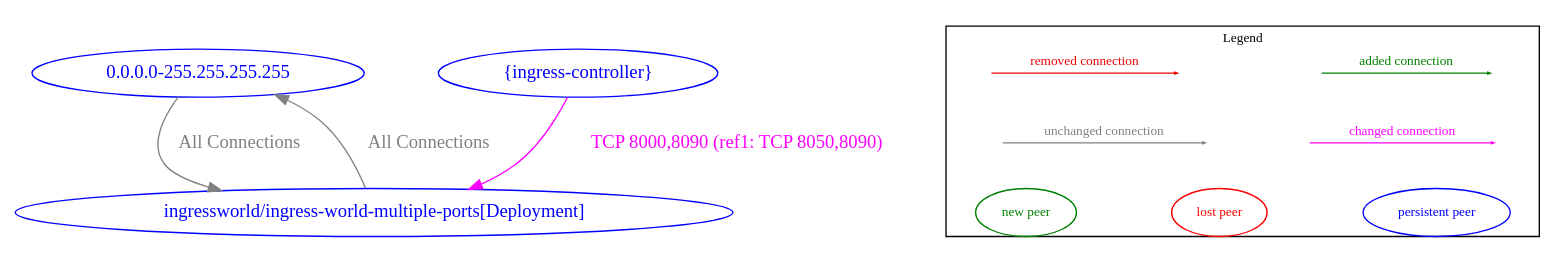
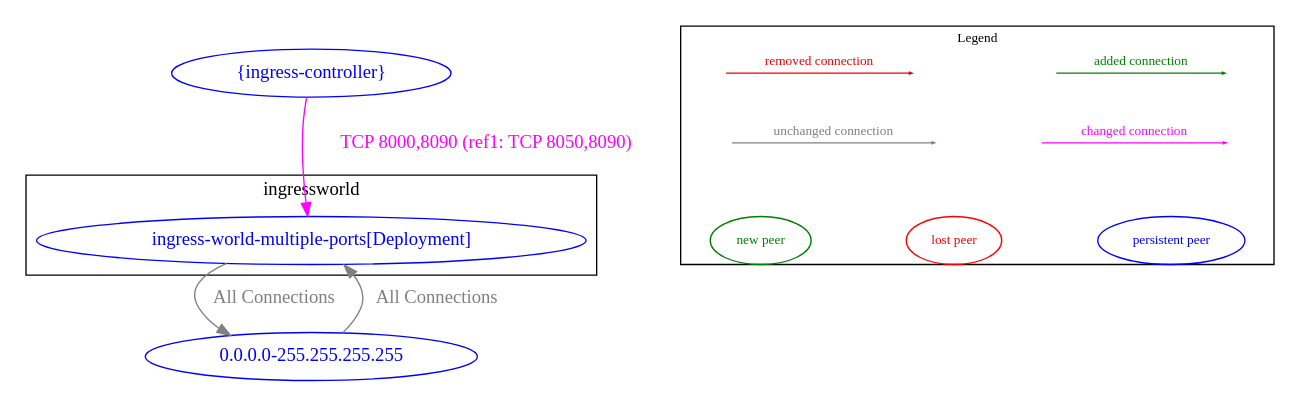
One commit to np-guard/netpol-analyzer changed the diagram in test_outputs/diff/diff_between_multiple_ingress_objects_with_different_ports_new_and_multiple_ingress_objects_with_different_ports.dot. Above: the diagram before and after it, drawn with Graphviz. The commit also changed 51 other files, not shown here.

```diff
--- a/test_outputs/diff/diff_between_multiple_ingress_objects_with_different_ports_new_and_multiple_ingress_objects_with_different_ports.dot
+++ b/test_outputs/diff/diff_between_multiple_ingress_objects_with_different_ports_new_and_multiple_ingress_objects_with_different_ports.dot
@@ -1,34 +1,37 @@
 digraph {
+	subgraph cluster_ingressworld {
+		"ingressworld/ingress-world-multiple-ports[Deployment]" [label="ingress-world-multiple-ports[Deployment]" color="blue" fontcolor="blue"]
+		label="ingressworld"
+	}
 	"0.0.0.0-255.255.255.255" [label="0.0.0.0-255.255.255.255" color="blue" fontcolor="blue"]
-	"ingressworld/ingress-world-multiple-ports[Deployment]" [label="ingressworld/ingress-world-multiple-ports[Deployment]" color="blue" fontcolor="blue"]
 	"{ingress-controller}" [label="{ingress-controller}" color="blue" fontcolor="blue"]
 	"0.0.0.0-255.255.255.255" -> "ingressworld/ingress-world-multiple-ports[Deployment]" [label="All Connections" color="grey" fontcolor="grey"]
 	"ingressworld/ingress-world-multiple-ports[Deployment]" -> "0.0.0.0-255.255.255.255" [label="All Connections" color="grey" fontcolor="grey"]
 	"{ingress-controller}" -> "ingressworld/ingress-world-multiple-ports[Deployment]" [label="TCP 8000,8090 (ref1: TCP 8050,8090)" color="magenta" fontcolor="magenta"]
 	nodesep=0.5
 	subgraph cluster_legend {
 		label="Legend"
 		fontsize = 10
 		margin=0
 		a [style=invis height=0 width=0]
 		b [style=invis height=0 width=0]
 		c [style=invis height=0 width=0]
 		d [style=invis height=0 width=0]
 		e [style=invis height=0 width=0]
 		f [style=invis height=0 width=0]
 		g [style=invis height=0 width=0]
 		h [style=invis height=0 width=0]
 		{rank=source a b c d}
 		{rank=same e f g h}
 		a -> b [label="added connection", color="#008000" fontcolor="#008000" fontsize = 10 arrowsize=0.2]
 		c -> d [label="removed connection", color="red2" fontcolor="red2" fontsize = 10 arrowsize=0.2]
 		e -> f [label="changed connection", color="magenta" fontcolor="magenta" fontsize = 10 arrowsize=0.2]
 		g -> h [label="unchanged connection", color="grey" fontcolor="grey" fontsize = 10 arrowsize=0.2]
 		np [label="new peer" color="#008000" fontcolor="#008000" fontsize = 10]
 		lp [label="lost peer" color="red" fontcolor="red" fontsize = 10]
 		pp [label="persistent peer" color="blue" fontcolor="blue" fontsize = 10]
 		{rank=sink np lp pp}
 		np->lp [style=invis]
 		lp->pp [style=invis]
 	}
 }
```
